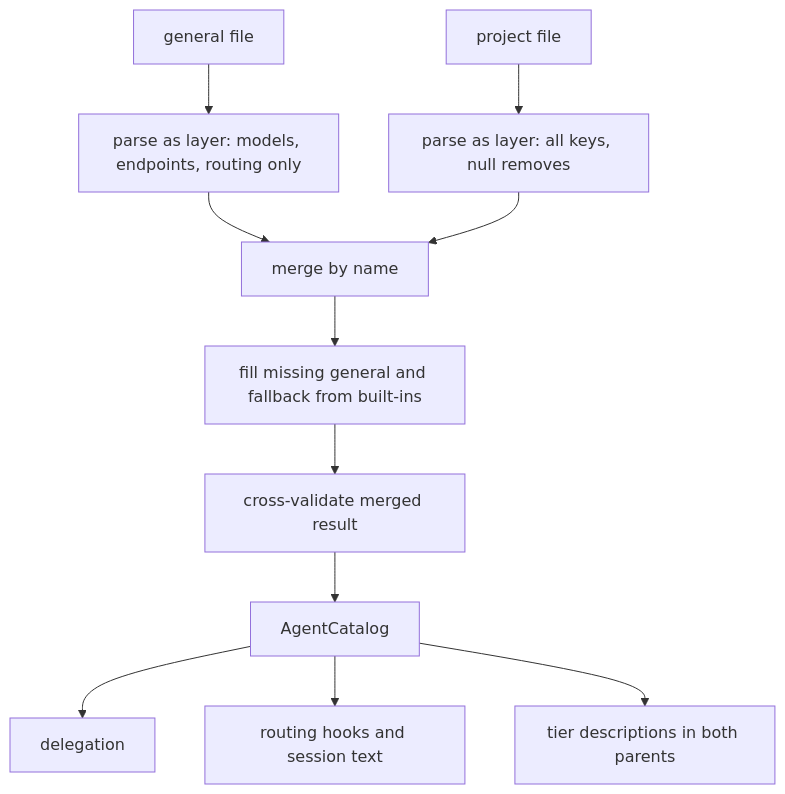
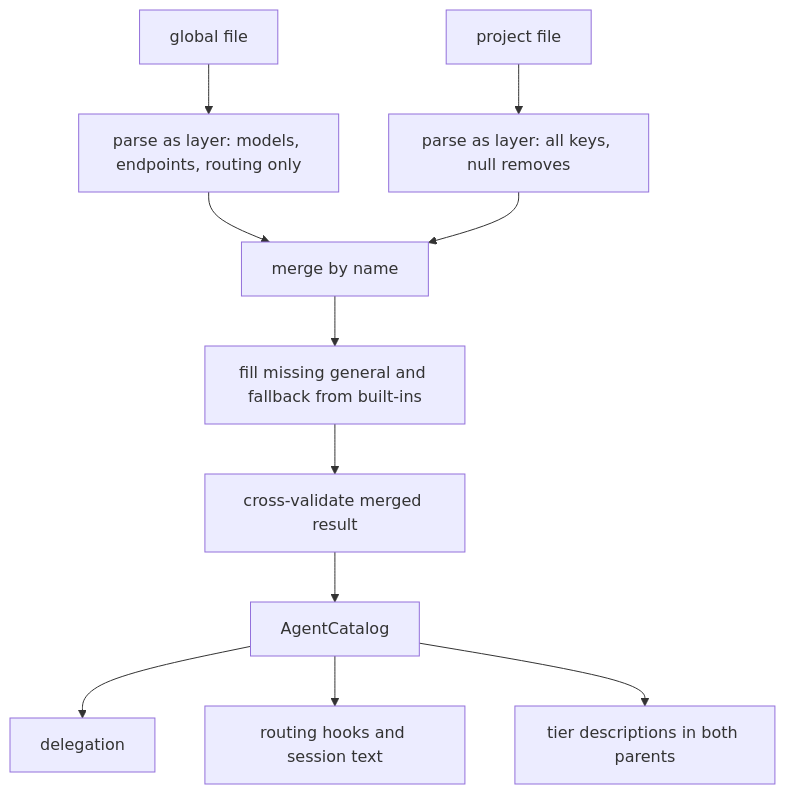
Before and after one commit to qoherent/sub0: the diagram in docs/plans/2026-11-18-1159-feat-general-config-layering-plan.md, drawn with Mermaid. The commit also changed other lines of this file and 34 other files, not shown here.

First line of the commit message:
refactor: call the user-level config layer global instead of general

````diff
--- a/docs/plans/2026-11-18-1159-feat-general-config-layering-plan.md
+++ b/docs/plans/2026-11-18-1159-feat-general-config-layering-plan.md
@@ -158,13 +158,13 @@
 ```mermaid
 flowchart TB
-  G[general file] --> L1[parse as layer: models, endpoints, routing only]
+  G[global file] --> L1[parse as layer: models, endpoints, routing only]
   P[project file] --> L2[parse as layer: all keys, null removes]
   L1 --> M[merge by name]
   L2 --> M
   M --> B[fill missing general and fallback from built-ins]
   B --> V[cross-validate merged result]
   V --> C[AgentCatalog]
   C --> D[delegation]
   C --> H[routing hooks and session text]
   C --> T[tier descriptions in both parents]
 ```
````
